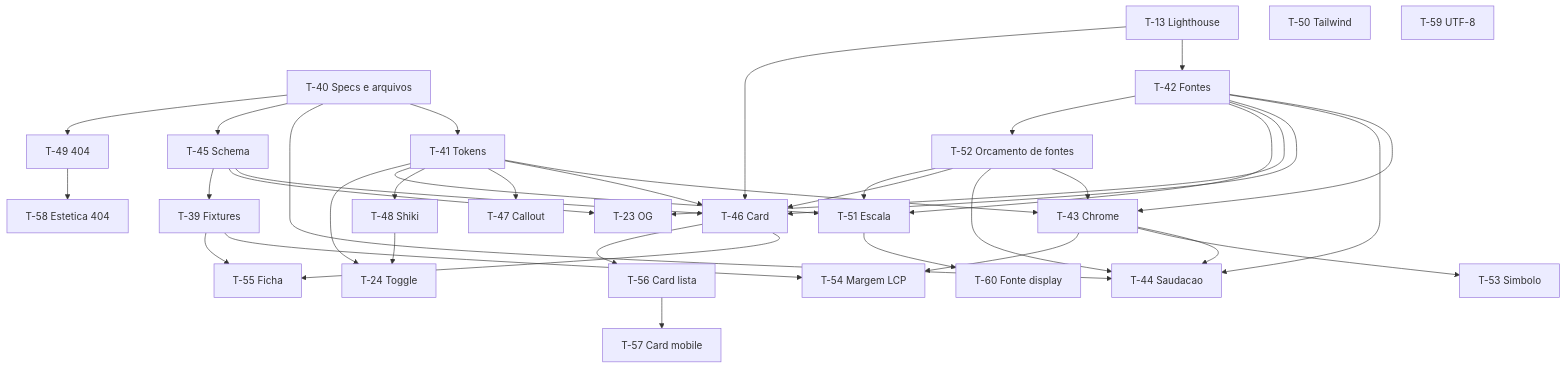
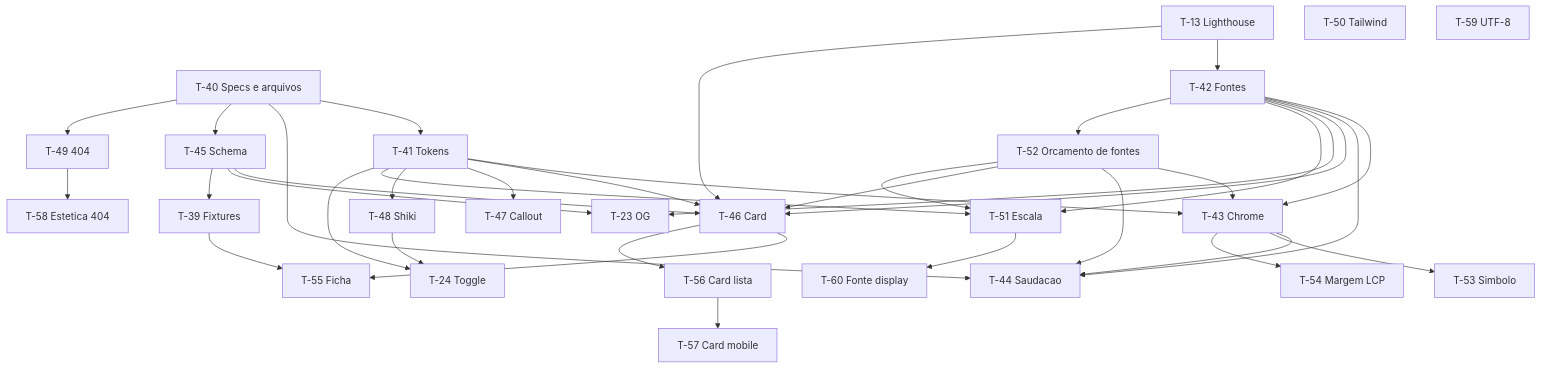
The second of 2 diagrams in specs/ROADMAP.md (Pedroknoll/blog_pedro-knoll), drawn with Mermaid before and after one commit. The commit also changed other lines of this file, not shown here.

````diff
--- a/specs/ROADMAP.md
+++ b/specs/ROADMAP.md
@@ -86,64 +86,63 @@
 ```mermaid
 flowchart TD
   T40[T-40 Specs e arquivos]
   T41[T-41 Tokens]
   T13[T-13 Lighthouse]
   T42[T-42 Fontes]
   T51[T-51 Escala]
   T52[T-52 Orcamento de fontes]
   T43[T-43 Chrome]
   T44[T-44 Saudacao]
   T45[T-45 Schema]
   T46[T-46 Card]
   T47[T-47 Callout]
   T48[T-48 Shiki]
   T49[T-49 404]
   T50[T-50 Tailwind]
   T23[T-23 OG]
   T24[T-24 Toggle]
   T39[T-39 Fixtures]
   T53[T-53 Simbolo]
   T54[T-54 Margem LCP]
   T55[T-55 Ficha]
   T56[T-56 Card lista]
   T57[T-57 Card mobile]
   T58[T-58 Estetica 404]
   T59[T-59 UTF-8]
   T60[T-60 Fonte display]
   T40 --> T41
   T40 --> T44
   T40 --> T45
   T40 --> T49
   T13 --> T42
   T41 --> T43
   T42 --> T43
   T43 --> T44
   T42 --> T44
   T13 --> T46
   T41 --> T46
   T42 --> T46
   T45 --> T46
   T41 --> T47
   T41 --> T48
   T45 --> T23
   T42 --> T23
   T42 --> T51
   T41 --> T51
   T42 --> T52
   T52 --> T43
   T52 --> T44
   T52 --> T46
   T52 --> T51
   T45 --> T39
   T41 --> T24
   T48 --> T24
   T43 --> T53
   T43 --> T54
-  T39 --> T54
   T39 --> T55
   T46 --> T55
   T46 --> T56
   T56 --> T57
   T49 --> T58
   T51 --> T60
 ```
````
